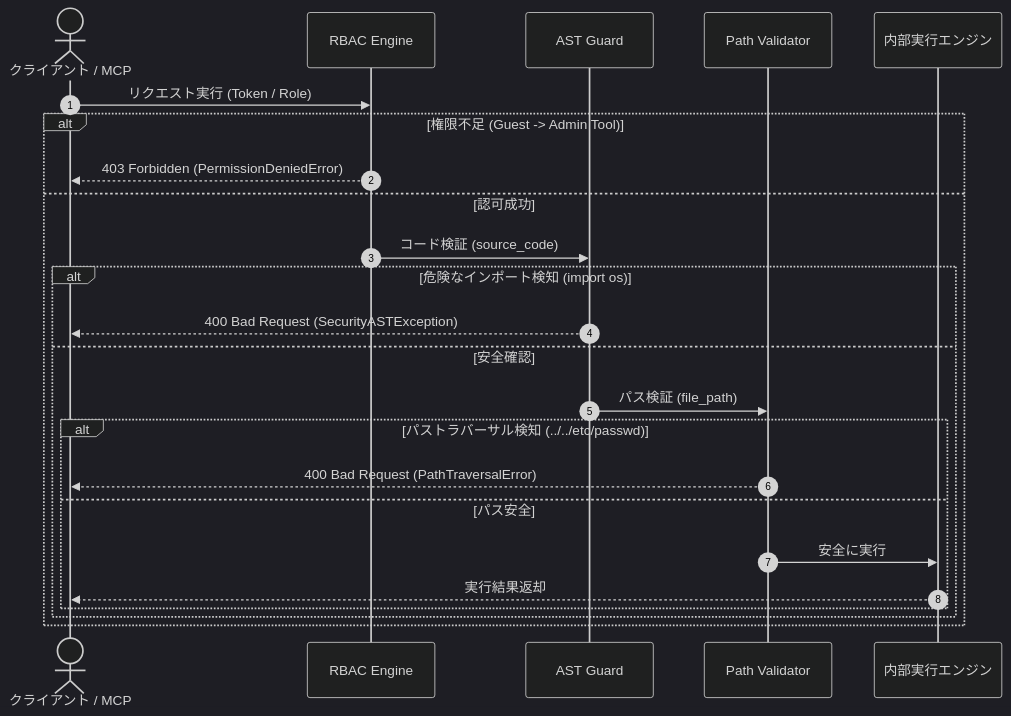
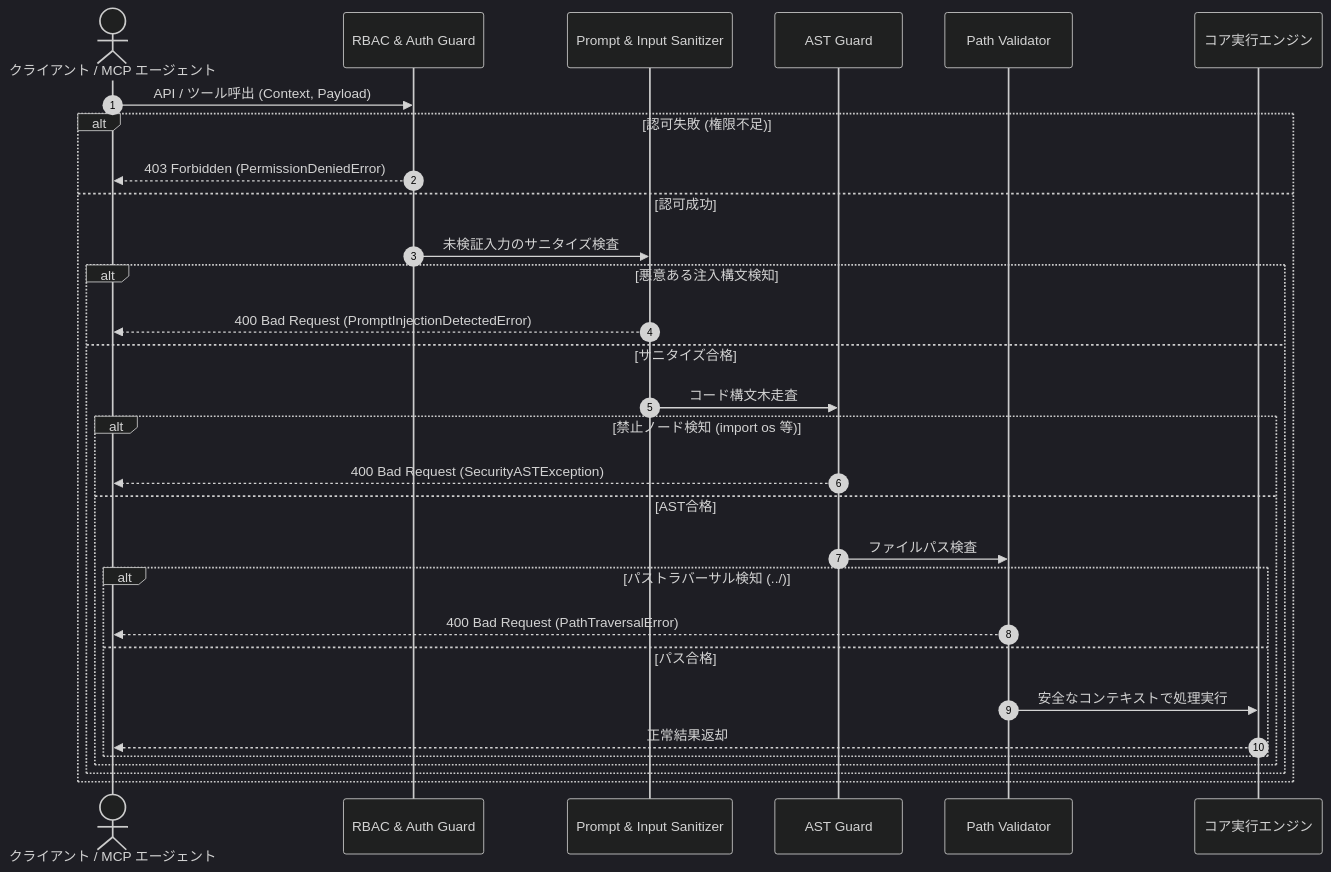
Before and after one commit to rokujyouhitoma/arxiv-security-papers: the second of 2 diagrams in docs/designs/DSN-07-security_guard_and_rbac.md, drawn with Mermaid (dark theme). The commit also changed other lines of this file and 16 other files, not shown here.

````diff
--- a/docs/designs/DSN-07-security_guard_and_rbac.md
+++ b/docs/designs/DSN-07-security_guard_and_rbac.md
@@ -122,27 +308,33 @@
 ```mermaid
 sequenceDiagram
     autonumber
-    actor User as クライアント / MCP
-    participant RBAC as RBAC Engine
+    actor Client as クライアント / MCP エージェント
+    participant Gate as RBAC & Auth Guard
+    participant Sanitizer as Prompt & Input Sanitizer
     participant AST as AST Guard
-    participant Val as Path Validator
-    participant Target as 内部実行エンジン
+    participant Path as Path Validator
+    participant Engine as コア実行エンジン
 
-    User->>RBAC: リクエスト実行 (Token / Role)
-    alt 権限不足 (Guest -> Admin Tool)
-        RBAC-->>User: 403 Forbidden (PermissionDeniedError)
+    Client->>Gate: API / ツール呼出 (Context, Payload)
+    alt 認可失敗 (権限不足)
+        Gate-->>Client: 403 Forbidden (PermissionDeniedError)
     else 認可成功
-        RBAC->>AST: コード検証 (source_code)
-        alt 危険なインポート検知 (import os)
-            AST-->>User: 400 Bad Request (SecurityASTException)
-        else 安全確認
-            AST->>Val: パス検証 (file_path)
-            alt パストラバーサル検知 (../../etc/passwd)
-                Val-->>User: 400 Bad Request (PathTraversalError)
-            else パス安全
-                Val->>Target: 安全に実行
-                Target-->>User: 実行結果返却
+        Gate->>Sanitizer: 未検証入力のサニタイズ検査
+        alt 悪意ある注入構文検知
+            Sanitizer-->>Client: 400 Bad Request (PromptInjectionDetectedError)
+        else サニタイズ合格
+            Sanitizer->>AST: コード構文木走査
+            alt 禁止ノード検知 (import os 等)
+                AST-->>Client: 400 Bad Request (SecurityASTException)
+            else AST合格
+                AST->>Path: ファイルパス検査
+                alt パストラバーサル検知 (../)
+                    Path-->>Client: 400 Bad Request (PathTraversalError)
+                else パス合格
+                    Path->>Engine: 安全なコンテキストで処理実行
+                    Engine-->>Client: 正常結果返却
+                end
             end
         end
     end
 ```
````
